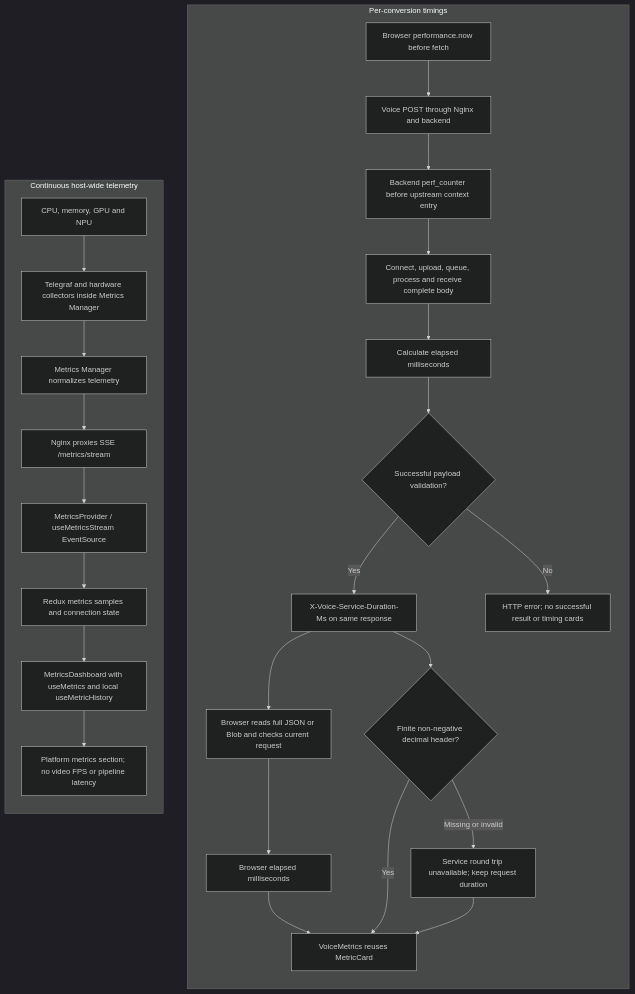
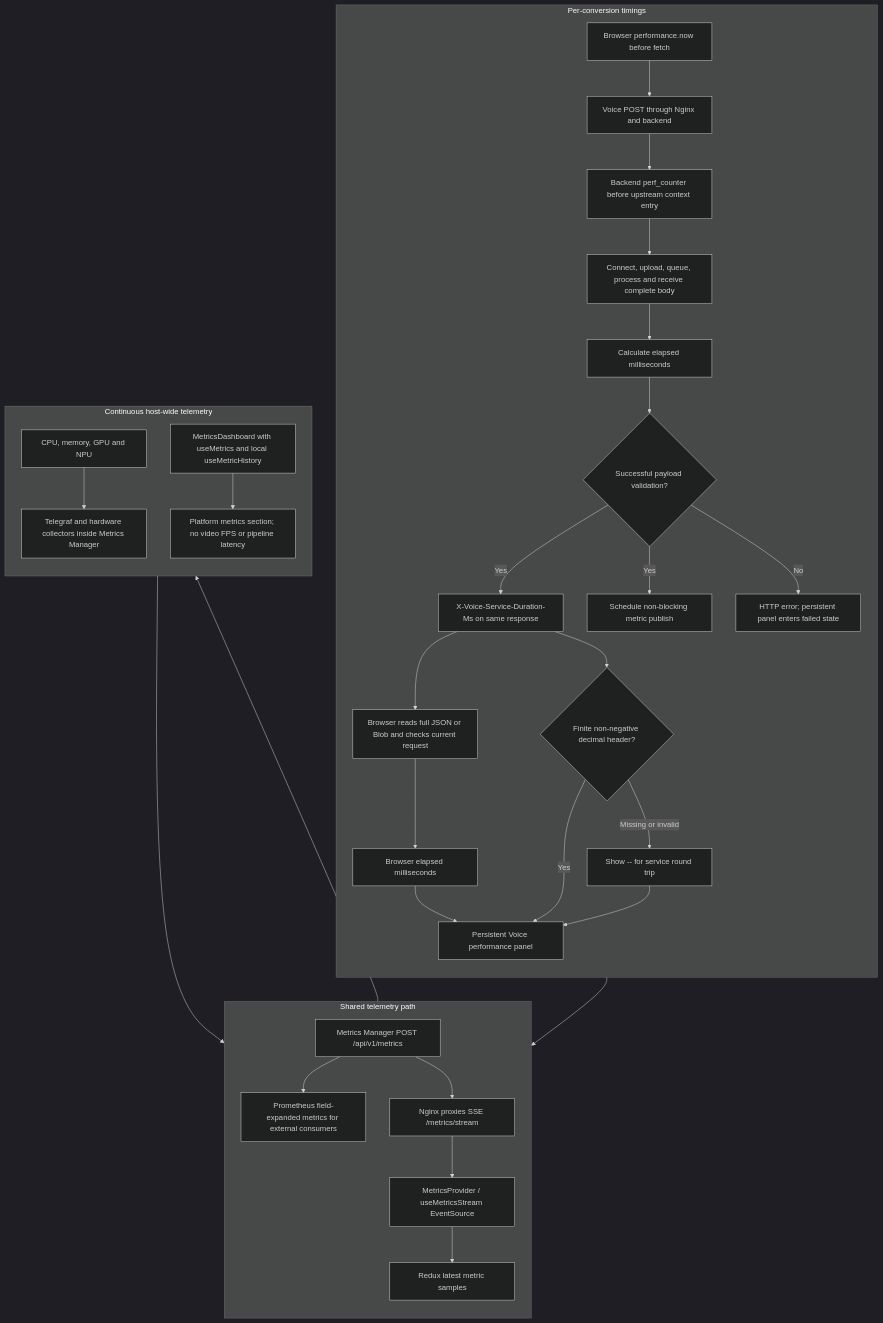
The eighth of 9 diagrams in tools/visual-pipeline-and-platform-evaluation-tool/docs/user-guide/developer-guide/voice-architecture.md (open-edge-platform/edge-ai-libraries), drawn with Mermaid (dark theme) before and after one commit. The commit also changed other lines of this file and 7 other files, not shown here.

````diff
--- a/tools/visual-pipeline-and-platform-evaluation-tool/docs/user-guide/developer-guide/voice-architecture.md
+++ b/tools/visual-pipeline-and-platform-evaluation-tool/docs/user-guide/developer-guide/voice-architecture.md
@@ -329,30 +337,36 @@
 ```mermaid
 flowchart TB
     subgraph request[Per-conversion timings]
       direction TB
         BrowserStart[Browser performance.now before fetch] --> HTTP[Voice POST through Nginx and backend]
         HTTP --> ServiceStart[Backend perf_counter before upstream context entry]
         ServiceStart --> ServiceBody[Connect, upload, queue, process and receive complete body]
         ServiceBody --> ServiceMs[Calculate elapsed milliseconds]
         ServiceMs --> Valid{Successful payload validation?}
         Valid -->|Yes| Header[X-Voice-Service-Duration-Ms on same response]
-        Valid -->|No| NoMetric[HTTP error; no successful result or timing cards]
+        Valid -->|Yes| Publish[Schedule non-blocking metric publish]
+        Valid -->|No| NoMetric[HTTP error; persistent panel enters failed state]
         Header --> Parsed[Browser reads full JSON or Blob and checks current request]
         Parsed --> RequestMs[Browser elapsed milliseconds]
-        RequestMs --> Cards[VoiceMetrics reuses MetricCard]
+        RequestMs --> Panel[Persistent Voice performance panel]
         Header --> HeaderCheck{Finite non-negative decimal header?}
-        HeaderCheck -->|Yes| Cards
-        HeaderCheck -->|Missing or invalid| Unavailable[Service round trip unavailable; keep request duration]
-        Unavailable --> Cards
+        HeaderCheck -->|Yes| Panel
+        HeaderCheck -->|Missing or invalid| Unavailable[Show -- for service round trip]
+        Unavailable --> Panel
+    end
+    subgraph telemetry[Shared telemetry path]
+      direction TB
+        Publish --> Manager[Metrics Manager POST /api/v1/metrics]
+        Manager --> Prometheus[Prometheus field-expanded metrics for external consumers]
+        Manager --> Proxy[Nginx proxies SSE /metrics/stream]
+        Proxy --> Stream[MetricsProvider / useMetricsStream EventSource]
+        Stream --> Redux[Redux latest metric samples]
     end
     subgraph platform[Continuous host-wide telemetry]
       direction TB
         Host[CPU, memory, GPU and NPU] --> Collectors[Telegraf and hardware collectors inside Metrics Manager]
-        Collectors --> Manager[Metrics Manager normalizes telemetry]
-        Manager --> Proxy[Nginx proxies SSE /metrics/stream]
-        Proxy --> Stream[MetricsProvider / useMetricsStream EventSource]
-        Stream --> Redux[Redux metrics samples and connection state]
+        Collectors --> Manager
         Redux --> Dashboard[MetricsDashboard with useMetrics and local useMetricHistory]
         Dashboard --> Charts[Platform metrics section; no video FPS or pipeline latency]
     end
 ```
````
